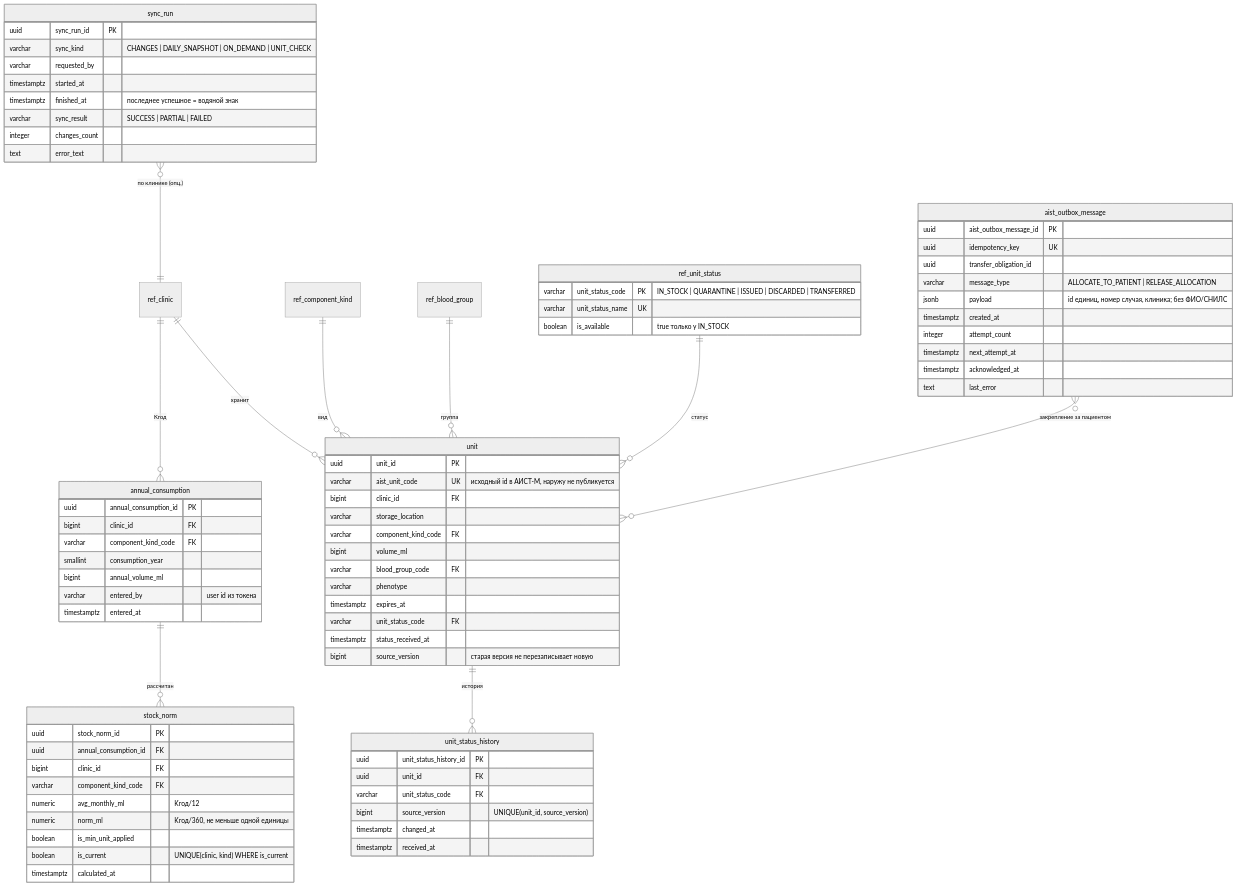
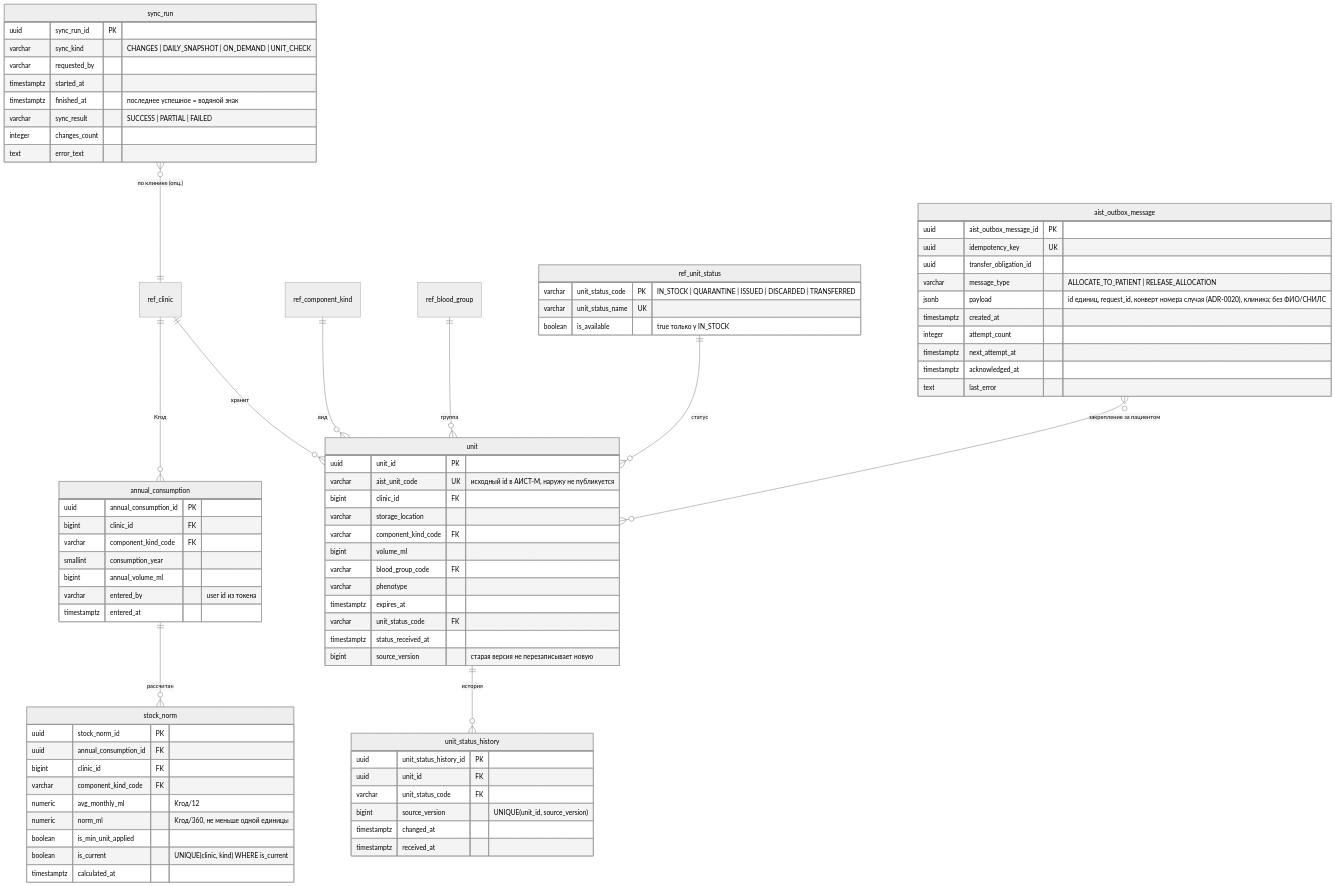
The first of 2 diagrams in docs/architecture/data-model.md (AlchemistBro/blood-supply-pet), drawn with Mermaid (neutral theme) before and after one commit. The commit also changed 5 other files, not shown here.

Commit message:
Этап 6: ADR-0020 дополняет ADR-0027 п. 13 - в контрактах только конверт patient_case_sealed

````diff
--- a/docs/architecture/data-model.md
+++ b/docs/architecture/data-model.md
@@ -18,82 +18,82 @@
 ```mermaid
 erDiagram
     ref_clinic ||--o{ unit : хранит
     unit ||--o{ unit_status_history : история
     ref_component_kind ||--o{ unit : вид
     ref_blood_group ||--o{ unit : группа
     ref_unit_status ||--o{ unit : статус
     ref_clinic ||--o{ annual_consumption : "Kгод"
     annual_consumption ||--o{ stock_norm : рассчитан
     sync_run }o--|| ref_clinic : "по клинике (опц.)"
     aist_outbox_message }o--o{ unit : "закрепление за пациентом"
 
     unit {
         uuid unit_id PK
         varchar aist_unit_code UK "исходный id в АИСТ-М, наружу не публикуется"
         bigint clinic_id FK
         varchar storage_location
         varchar component_kind_code FK
         bigint volume_ml
         varchar blood_group_code FK
         varchar phenotype
         timestamptz expires_at
         varchar unit_status_code FK
         timestamptz status_received_at
         bigint source_version "старая версия не перезаписывает новую"
     }
     ref_unit_status {
         varchar unit_status_code PK "IN_STOCK | QUARANTINE | ISSUED | DISCARDED | TRANSFERRED"
         varchar unit_status_name UK
         boolean is_available "true только у IN_STOCK"
     }
     unit_status_history {
         uuid unit_status_history_id PK
         uuid unit_id FK
         varchar unit_status_code FK
         bigint source_version "UNIQUE(unit_id, source_version)"
         timestamptz changed_at
         timestamptz received_at
     }
     annual_consumption {
         uuid annual_consumption_id PK
         bigint clinic_id FK
         varchar component_kind_code FK
         smallint consumption_year
         bigint annual_volume_ml
         varchar entered_by "user id из токена"
         timestamptz entered_at
     }
     stock_norm {
         uuid stock_norm_id PK
         uuid annual_consumption_id FK
         bigint clinic_id FK
         varchar component_kind_code FK
         numeric avg_monthly_ml "Kгод/12"
         numeric norm_ml "Kгод/360, не меньше одной единицы"
         boolean is_min_unit_applied
         boolean is_current "UNIQUE(clinic, kind) WHERE is_current"
         timestamptz calculated_at
     }
     sync_run {
         uuid sync_run_id PK
         varchar sync_kind "CHANGES | DAILY_SNAPSHOT | ON_DEMAND | UNIT_CHECK"
         varchar requested_by
         timestamptz started_at
         timestamptz finished_at "последнее успешное = водяной знак"
         varchar sync_result "SUCCESS | PARTIAL | FAILED"
         integer changes_count
         text error_text
     }
     aist_outbox_message {
         uuid aist_outbox_message_id PK
         uuid idempotency_key UK
         uuid transfer_obligation_id
         varchar message_type "ALLOCATE_TO_PATIENT | RELEASE_ALLOCATION"
-        jsonb payload "id единиц, номер случая, клиника; без ФИО/СНИЛС"
+        jsonb payload "id единиц, request_id, конверт номера случая (ADR-0020), клиника; без ФИО/СНИЛС"
         timestamptz created_at
         integer attempt_count
         timestamptz next_attempt_at
         timestamptz acknowledged_at
         text last_error
     }
 ```
````
